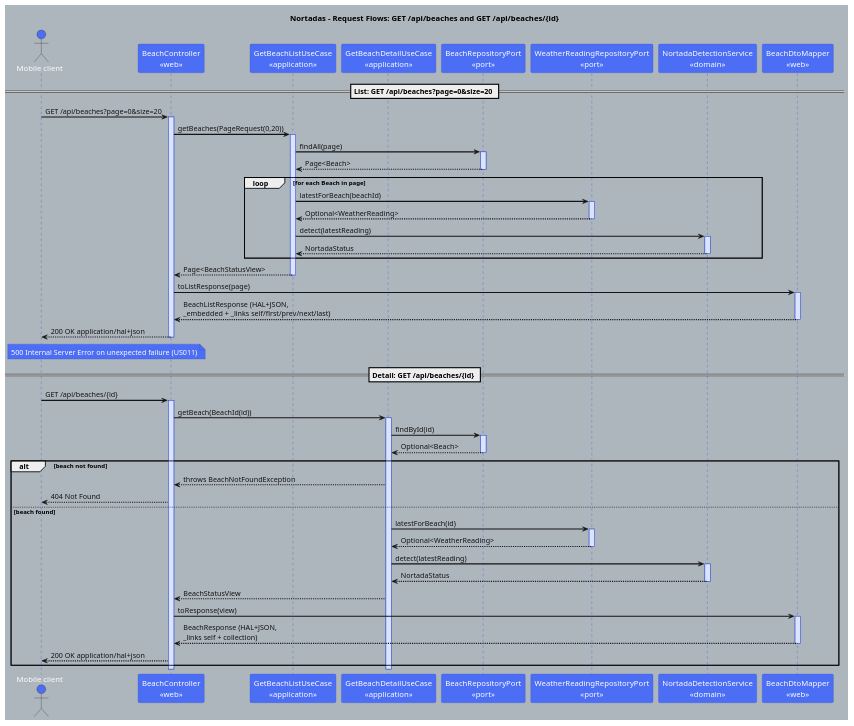
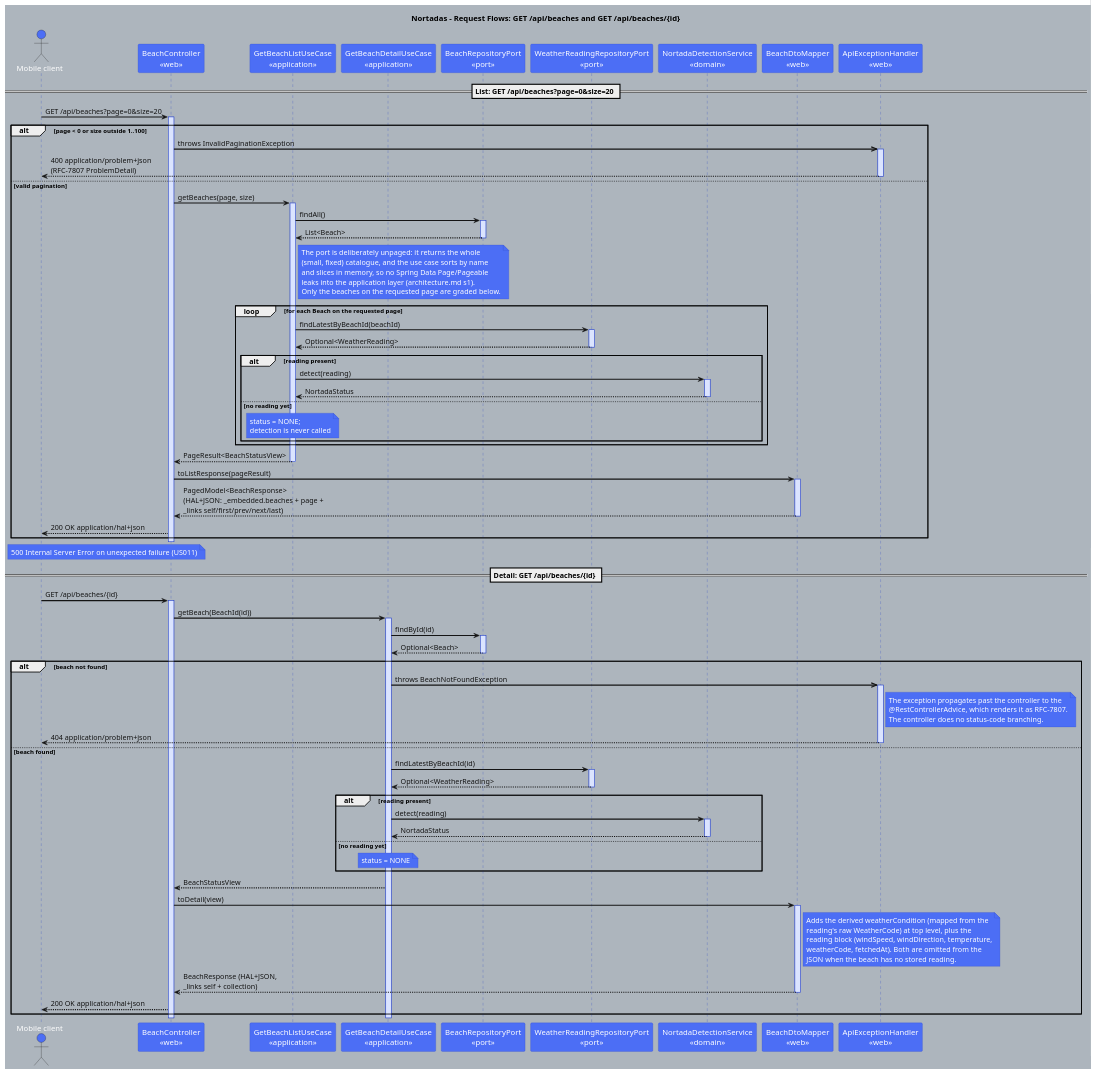
Before and after one commit to vitorhsbarros/nortadas: the diagram in docs/OOD/sequences/beach-request-flows.puml, drawn with PlantUML. The commit also changed 6 other files, not shown here.

First line of the commit message:
documentation: correct OOD diagrams to match the implementation, refs #16, refs #17, refs #57

```diff
--- a/docs/OOD/sequences/beach-request-flows.puml
+++ b/docs/OOD/sequences/beach-request-flows.puml
@@ -1,103 +1,145 @@
 @startuml
 title Nortadas - Request Flows: GET /api/beaches and GET /api/beaches/{id}
 
 'Formatting
 skinparam monochrome false
 skinparam defaultFontName Futura
 skinparam backgroundColor #adb5bd
 skinparam ArrowFontColor #141414
 skinparam ArrowColor #141414
 skinparam ArrowFontSize 13
 skinparam ArrowThickness 2
 skinparam sequence {
     ParticipantBackgroundColor #4c6ef5
     ParticipantFontColor #ffffff
     ParticipantBorderColor #364fc7
     ActorBackgroundColor #4c6ef5
     ActorFontColor #ffffff
     LifeLineBorderColor #364fc7
     LifeLineBackgroundColor #dbe4ff
 }
 skinparam note {
     BackgroundColor #4c6ef5
     FontColor #ffffff
     BorderColor #364fc7
 }
 
 actor "Mobile client" as Client
 participant "BeachController\n<<web>>" as Controller
 participant "GetBeachListUseCase\n<<application>>" as ListUC
 participant "GetBeachDetailUseCase\n<<application>>" as DetailUC
 participant "BeachRepositoryPort\n<<port>>" as BeachRepo
 participant "WeatherReadingRepositoryPort\n<<port>>" as ReadingRepo
 participant "NortadaDetectionService\n<<domain>>" as Detection
 participant "BeachDtoMapper\n<<web>>" as Mapper
+participant "ApiExceptionHandler\n<<web>>" as Advice
 
 == List: GET /api/beaches?page=0&size=20 ==
 
 Client -> Controller : GET /api/beaches?page=0&size=20
 activate Controller
-Controller -> ListUC : getBeaches(PageRequest(0,20))
-activate ListUC
 
-ListUC -> BeachRepo : findAll(page)
-activate BeachRepo
-BeachRepo --> ListUC : Page<Beach>
-deactivate BeachRepo
+alt page < 0 or size outside 1..100
+    Controller ->> Advice : throws InvalidPaginationException
+    activate Advice
+    Advice --> Client : 400 application/problem+json\n(RFC-7807 ProblemDetail)
+    deactivate Advice
+else valid pagination
+    Controller -> ListUC : getBeaches(page, size)
+    activate ListUC
 
-loop for each Beach in page
-    ListUC -> ReadingRepo : latestForBeach(beachId)
-    activate ReadingRepo
-    ReadingRepo --> ListUC : Optional<WeatherReading>
-    deactivate ReadingRepo
-    ListUC -> Detection : detect(latestReading)
-    activate Detection
-    Detection --> ListUC : NortadaStatus
-    deactivate Detection
+    ListUC -> BeachRepo : findAll()
+    activate BeachRepo
+    BeachRepo --> ListUC : List<Beach>
+    deactivate BeachRepo
+
+    note right of ListUC
+      The port is deliberately unpaged: it returns the whole
+      (small, fixed) catalogue, and the use case sorts by name
+      and slices in memory, so no Spring Data Page/Pageable
+      leaks into the application layer (architecture.md s1).
+      Only the beaches on the requested page are graded below.
+    end note
+
+    loop for each Beach on the requested page
+        ListUC -> ReadingRepo : findLatestByBeachId(beachId)
+        activate ReadingRepo
+        ReadingRepo --> ListUC : Optional<WeatherReading>
+        deactivate ReadingRepo
+
+        alt reading present
+            ListUC -> Detection : detect(reading)
+            activate Detection
+            Detection --> ListUC : NortadaStatus
+            deactivate Detection
+        else no reading yet
+            note over ListUC : status = NONE;\ndetection is never called
+        end
+    end
+
+    ListUC --> Controller : PageResult<BeachStatusView>
+    deactivate ListUC
+    Controller -> Mapper : toListResponse(pageResult)
+    activate Mapper
+    Mapper --> Controller : PagedModel<BeachResponse>\n(HAL+JSON: _embedded.beaches + page +\n_links self/first/prev/next/last)
+    deactivate Mapper
+    Controller --> Client : 200 OK application/hal+json
 end
-
-ListUC --> Controller : Page<BeachStatusView>
-deactivate ListUC
-Controller -> Mapper : toListResponse(page)
-activate Mapper
-Mapper --> Controller : BeachListResponse (HAL+JSON,\n_embedded + _links self/first/prev/next/last)
-deactivate Mapper
-Controller --> Client : 200 OK application/hal+json
 deactivate Controller
 
 note over Controller, Client : 500 Internal Server Error on unexpected failure (US011)
 
 == Detail: GET /api/beaches/{id} ==
 
 Client -> Controller : GET /api/beaches/{id}
 activate Controller
 Controller -> DetailUC : getBeach(BeachId(id))
 activate DetailUC
 DetailUC -> BeachRepo : findById(id)
 activate BeachRepo
 BeachRepo --> DetailUC : Optional<Beach>
 deactivate BeachRepo
 
 alt beach not found
-    DetailUC --> Controller : throws BeachNotFoundException
-    Controller --> Client : 404 Not Found
+    DetailUC ->> Advice : throws BeachNotFoundException
+    activate Advice
+    note right of Advice
+      The exception propagates past the controller to the
+      @RestControllerAdvice, which renders it as RFC-7807.
+      The controller does no status-code branching.
+    end note
+    Advice --> Client : 404 application/problem+json
+    deactivate Advice
 else beach found
-    DetailUC -> ReadingRepo : latestForBeach(id)
+    DetailUC -> ReadingRepo : findLatestByBeachId(id)
     activate ReadingRepo
     ReadingRepo --> DetailUC : Optional<WeatherReading>
     deactivate ReadingRepo
-    DetailUC -> Detection : detect(latestReading)
-    activate Detection
-    Detection --> DetailUC : NortadaStatus
-    deactivate Detection
+
+    alt reading present
+        DetailUC -> Detection : detect(reading)
+        activate Detection
+        Detection --> DetailUC : NortadaStatus
+        deactivate Detection
+    else no reading yet
+        note over DetailUC : status = NONE
+    end
+
     DetailUC --> Controller : BeachStatusView
-    Controller -> Mapper : toResponse(view)
+    Controller -> Mapper : toDetail(view)
     activate Mapper
+    note right of Mapper
+      Adds the derived weatherCondition (mapped from the
+      reading's raw WeatherCode) at top level, plus the
+      reading block (windSpeed, windDirection, temperature,
+      weatherCode, fetchedAt). Both are omitted from the
+      JSON when the beach has no stored reading.
+    end note
     Mapper --> Controller : BeachResponse (HAL+JSON,\n_links self + collection)
     deactivate Mapper
     Controller --> Client : 200 OK application/hal+json
 end
 deactivate DetailUC
 deactivate Controller
 
 @enduml
```
